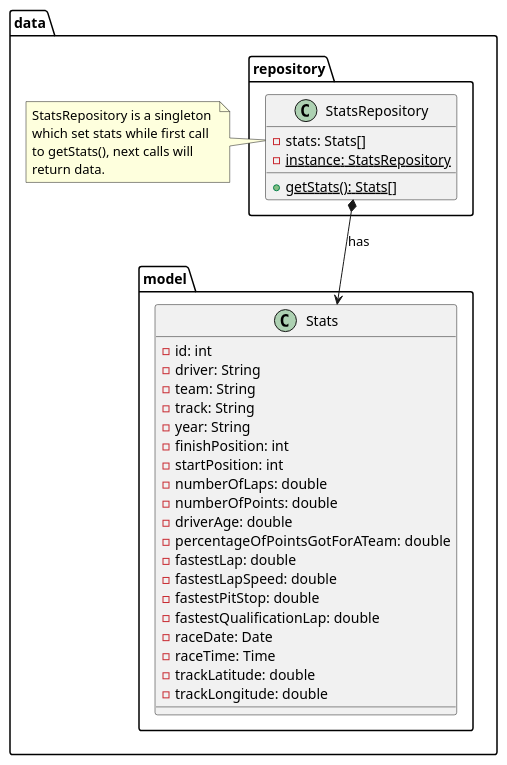
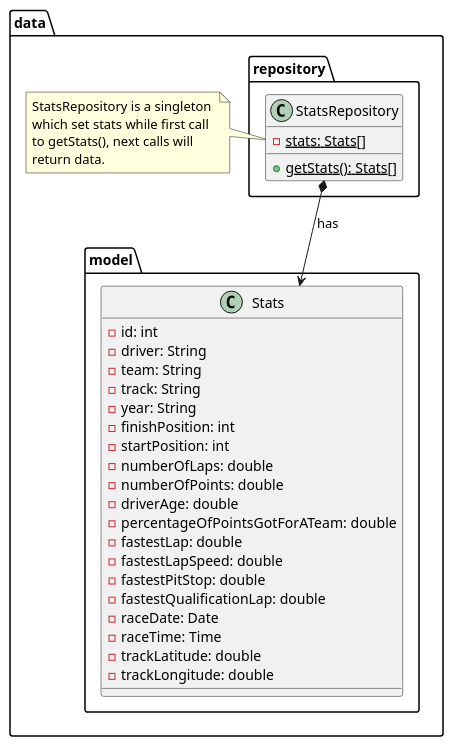
Before and after one commit to kambed/Computer-Recognition-Systems: the second of 6 diagrams in task2/README.md, drawn with PlantUML. The commit also changed other lines of this file, not shown here.

Commit message:
Remove instance

````diff
--- a/task2/README.md
+++ b/task2/README.md
@@ -29,42 +29,41 @@
 ```plantuml
 package data {
     package model {
         class Stats {
             - id: int
             - driver: String
             - team: String
             - track: String
             - year: String
             - finishPosition: int
             - startPosition: int
             - numberOfLaps: double
             - numberOfPoints: double
             - driverAge: double
             - percentageOfPointsGotForATeam: double
             - fastestLap: double
             - fastestLapSpeed: double
             - fastestPitStop: double
             - fastestQualificationLap: double
             - raceDate: Date
             - raceTime: Time
             - trackLatitude: double
             - trackLongitude: double
         }
     }
     package repository {
         class StatsRepository {
-            - stats: Stats[]
-            - {static} instance: StatsRepository
+            - {static} stats: Stats[]
             + {static} getStats(): Stats[]
         }
         StatsRepository *--> Stats: has
     }
 
     note left of StatsRepository::stats
         StatsRepository is a singleton 
         which set stats while first call 
         to getStats(), next calls will
         return data.
     end note
 }
 ```
````
